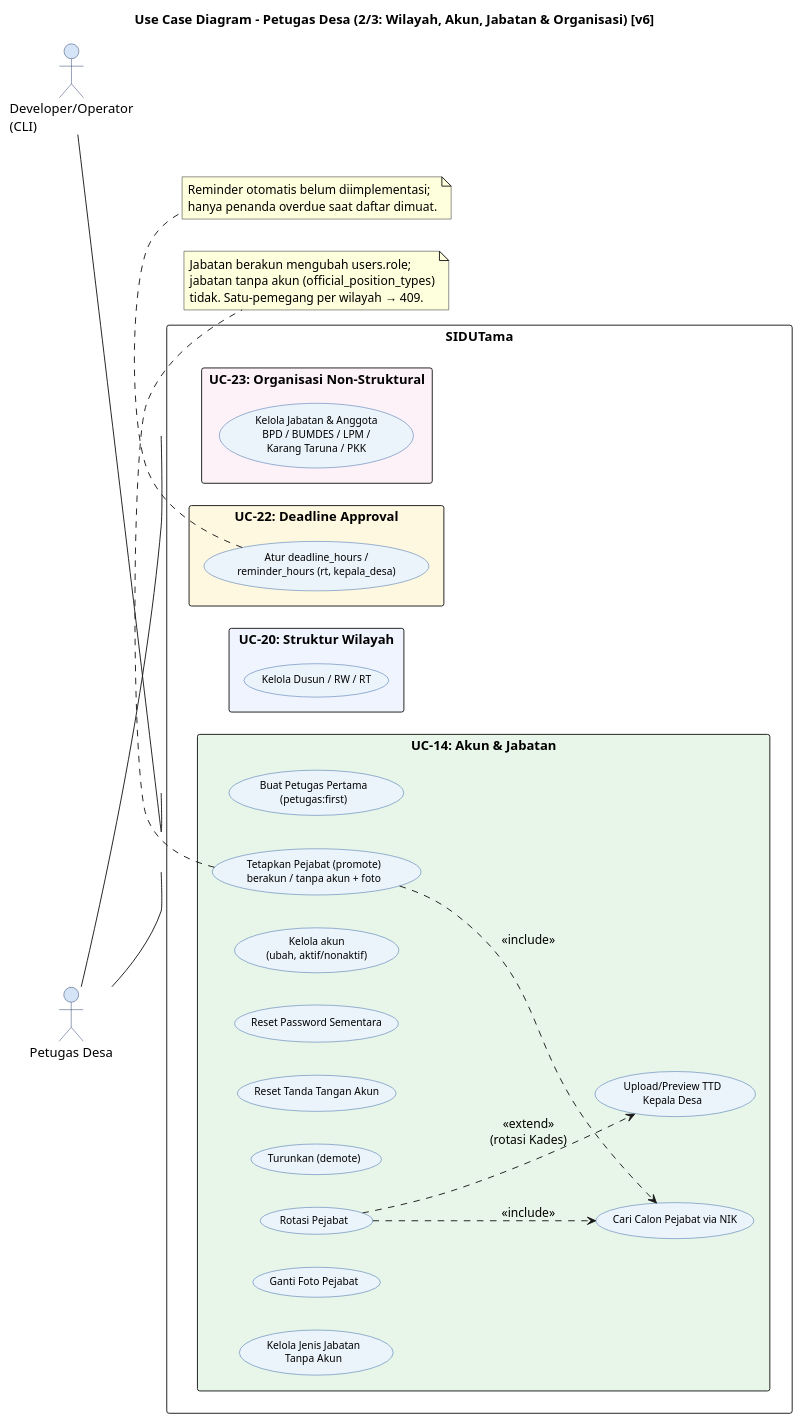
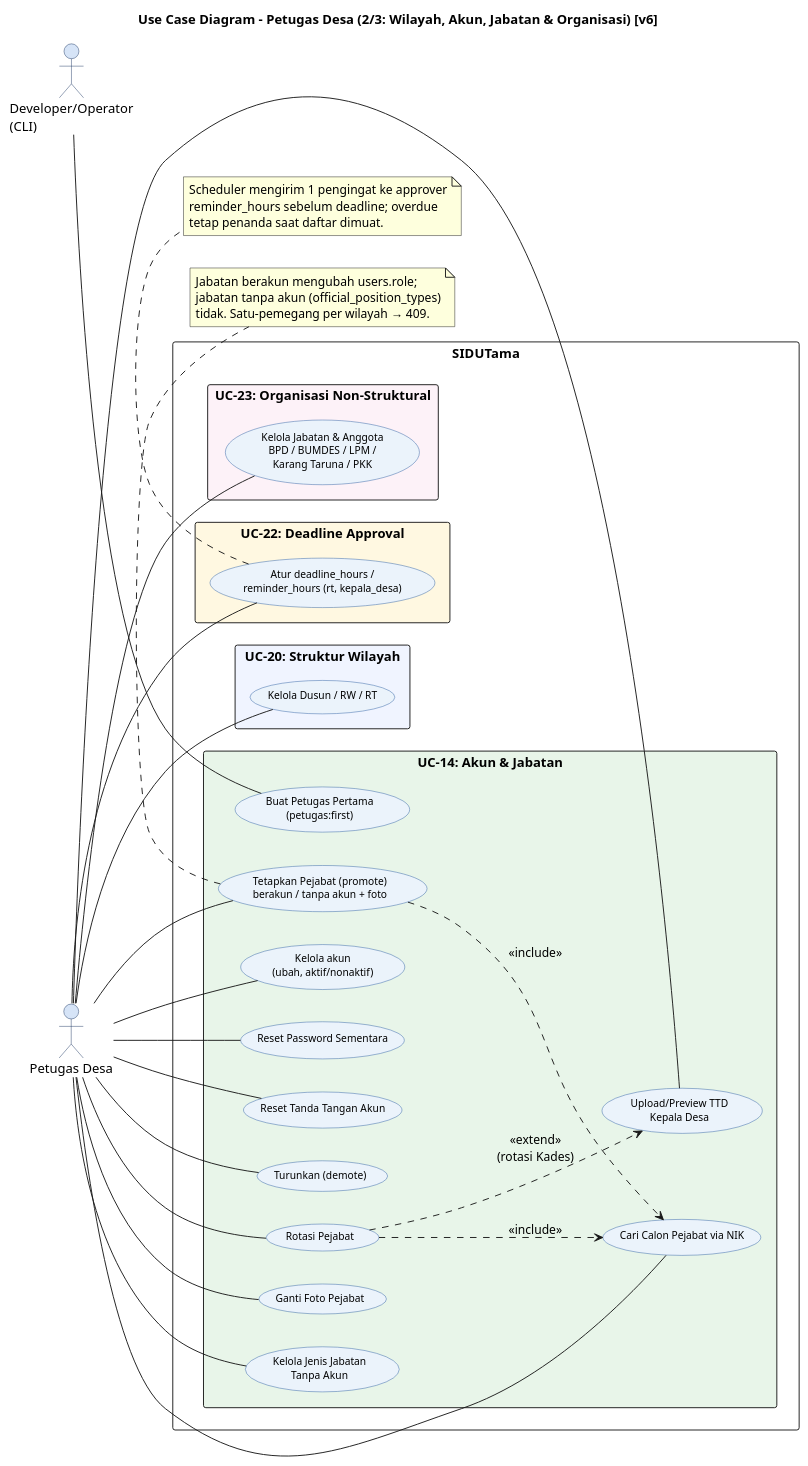
The diagram in docs/diagram/code/usecase/03_UC_PetugasDesa_WilayahJabatan_v6.puml (Vextronode/sid-app), drawn with PlantUML before and after one commit. The commit also changed 104 other files, not shown here.

```diff
--- a/docs/diagram/code/usecase/03_UC_PetugasDesa_WilayahJabatan_v6.puml
+++ b/docs/diagram/code/usecase/03_UC_PetugasDesa_WilayahJabatan_v6.puml
@@ -9,72 +9,73 @@
 @startuml UC_PetugasDesa_Jabatan_v6
 left to right direction
 skinparam packageStyle rectangle
 skinparam backgroundColor #FFFFFF
 skinparam usecase {
   BackgroundColor #EBF3FB
   BorderColor #2E5FA3
   FontName Arial
   FontSize 11
 }
 skinparam actor {
   BackgroundColor #D6E4F7
   BorderColor #1F3864
 }
 title Use Case Diagram - Petugas Desa (2/3: Wilayah, Akun, Jabatan & Organisasi) [v6]
 
 actor "Petugas Desa" as PD
 actor "Developer/Operator\n(CLI)" as DEV
 
 rectangle "SIDUTama" {
   rectangle "UC-20: Struktur Wilayah" #F0F4FF {
     usecase "Kelola Dusun / RW / RT" as UC_REGION
   }
   rectangle "UC-14: Akun & Jabatan" #E8F5E9 {
     usecase "Kelola akun\n(ubah, aktif/nonaktif)" as UC_USER
     usecase "Reset Password Sementara" as UC_RESETPW
     usecase "Reset Tanda Tangan Akun" as UC_RESETSIG
     usecase "Cari Calon Pejabat via NIK" as UC_CAND
     usecase "Tetapkan Pejabat (promote)\nberakun / tanpa akun + foto" as UC_PROMOTE
     usecase "Turunkan (demote)" as UC_DEMOTE
     usecase "Rotasi Pejabat" as UC_ROTATE
     usecase "Ganti Foto Pejabat" as UC_PHOTO
     usecase "Upload/Preview TTD\nKepala Desa" as UC_KADESSIG
     usecase "Kelola Jenis Jabatan\nTanpa Akun" as UC_POSTYPE
     usecase "Buat Petugas Pertama\n(petugas:first)" as UC_FIRST
   }
   rectangle "UC-22: Deadline Approval" #FFF8E1 {
     usecase "Atur deadline_hours /\nreminder_hours (rt, kepala_desa)" as UC_DEADLINE
   }
   rectangle "UC-23: Organisasi Non-Struktural" #FDF2F8 {
     usecase "Kelola Jabatan & Anggota\nBPD / BUMDES / LPM /\nKarang Taruna / PKK" as UC_ORG
   }
 }
 
 PD -- UC_REGION
 PD -- UC_USER
 PD -- UC_RESETPW
 PD -- UC_RESETSIG
 PD -- UC_CAND
 PD -- UC_PROMOTE
 PD -- UC_DEMOTE
 PD -- UC_ROTATE
 PD -- UC_PHOTO
 PD -- UC_KADESSIG
 PD -- UC_POSTYPE
 PD -- UC_DEADLINE
 PD -- UC_ORG
 DEV -- UC_FIRST
 UC_PROMOTE ..> UC_CAND : <<include>>
 UC_ROTATE ..> UC_CAND : <<include>>
 UC_ROTATE ..> UC_KADESSIG : <<extend>>\n(rotasi Kades)
 
 note bottom of UC_PROMOTE
   Jabatan berakun mengubah users.role;
   jabatan tanpa akun (official_position_types)
   tidak. Satu-pemegang per wilayah → 409.
 end note
 note bottom of UC_DEADLINE
-  Reminder otomatis belum diimplementasi;
-  hanya penanda overdue saat daftar dimuat.
+  Scheduler mengirim 1 pengingat ke approver
+  reminder_hours sebelum deadline; overdue
+  tetap penanda saat daftar dimuat.
 end note
 @enduml
```
